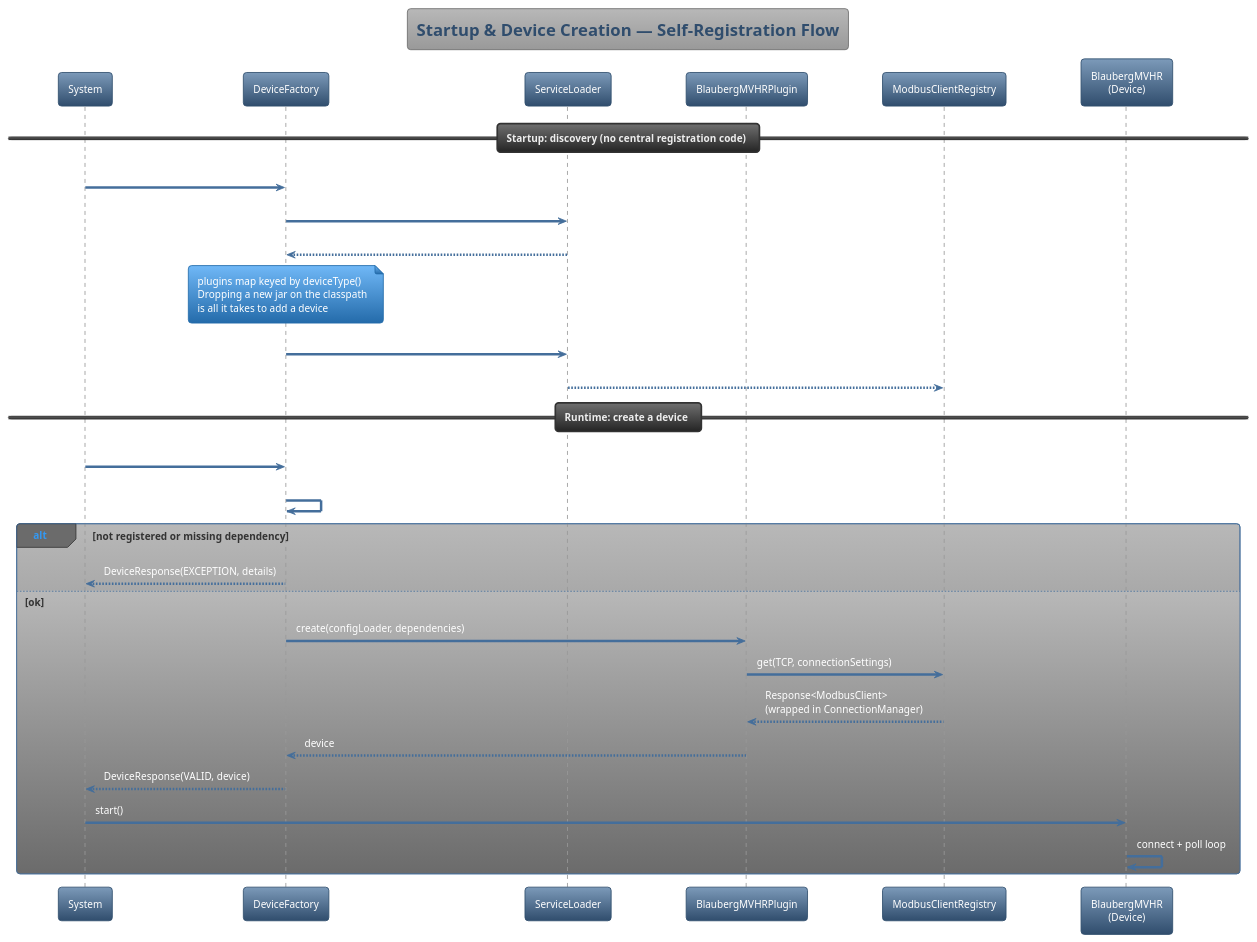
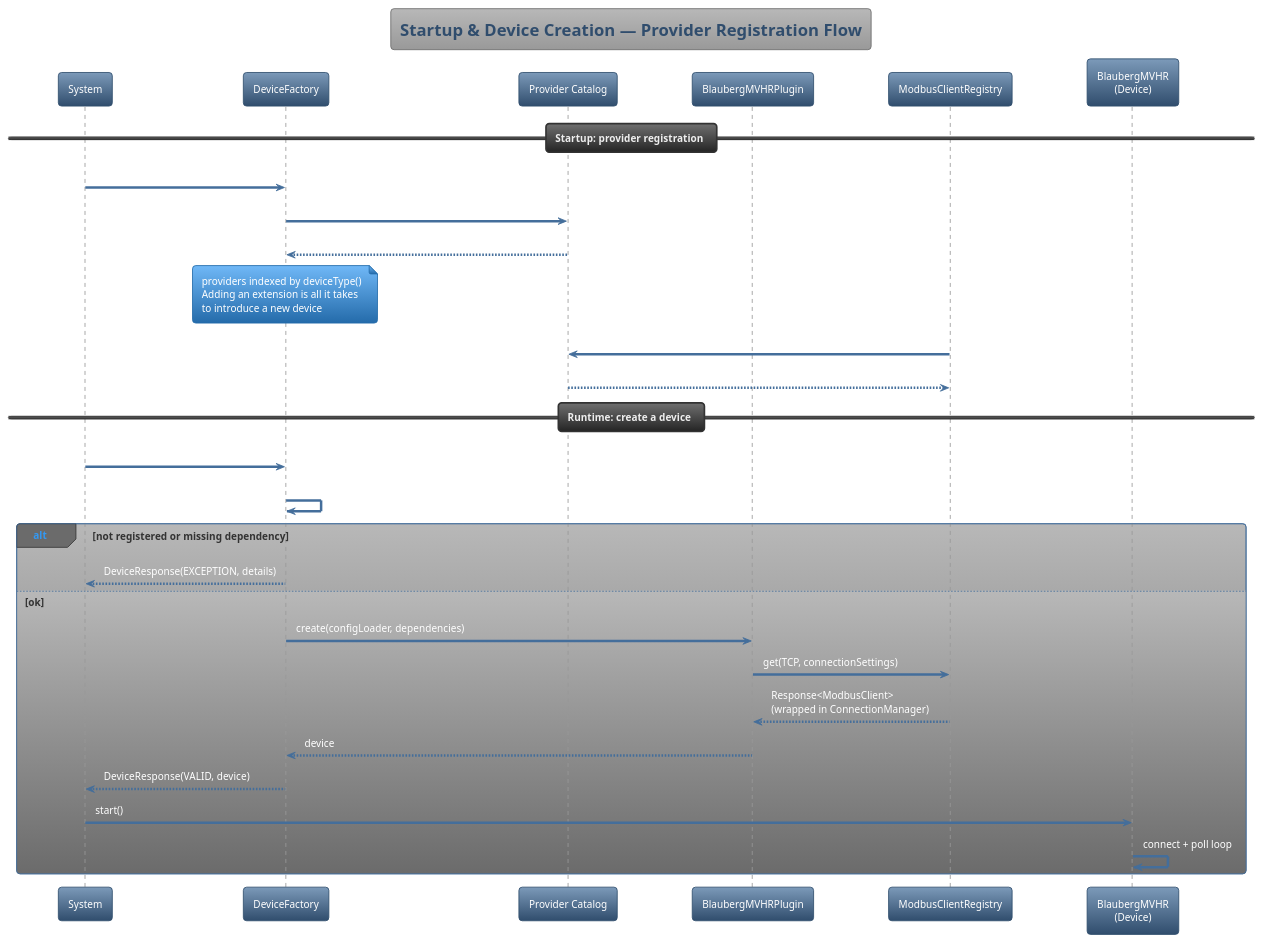
Before and after one commit to OODesigns/modbus-abstraction-layer: the diagram in designs/04 Plugin Discovery Sequence.puml, drawn with PlantUML. The commit also changed 9 other files, not shown here.

```diff
--- a/designs/04 Plugin Discovery Sequence.puml
+++ b/designs/04 Plugin Discovery Sequence.puml
@@ -1,38 +1,38 @@
 @startuml
 'https://plantuml.com/sequence-diagram
 !theme spacelab
 
-title Startup & Device Creation — Self-Registration Flow
+title Startup & Device Creation — Provider Registration Flow
 
 participant "System" as Sys
 participant "DeviceFactory" as DF
-participant "ServiceLoader" as SL
+participant "Provider Catalog" as PC
 participant "BlaubergMVHRPlugin" as Plugin
 participant "ModbusClientRegistry" as MCR
 participant "BlaubergMVHR\n(Device)" as Dev
 
-== Startup: discovery (no central registration code) ==
+== Startup: provider registration ==
 Sys -> DF : new DeviceFactory(configFactory)
-DF -> SL : load(DevicePlugin.class)
-SL --> DF : [BlaubergMVHRPlugin, ModbusTempSensorPlugin, ...]
-note over DF : plugins map keyed by deviceType()\nDropping a new jar on the classpath\nis all it takes to add a device
+DF -> PC : device providers()
+PC --> DF : [BlaubergMVHRPlugin, ModbusTempSensorPlugin, ...]
+note over DF : providers indexed by deviceType()\nAdding an extension is all it takes\nto introduce a new device
 
-DF -> SL : load(ModbusClientFactory.class)
-SL --> MCR : [TcpFactory, RtuFactory]
+MCR -> PC : transport providers()
+PC --> MCR : [TcpFactory, RtuFactory]
 
 == Runtime: create a device ==
 Sys -> DF : createDevice("blauberg_mvhr")
 DF -> DF : validate registered + requiredDependencies()
 alt not registered or missing dependency
   DF --> Sys : DeviceResponse(EXCEPTION, details)
 else ok
   DF -> Plugin : create(configLoader, dependencies)
   Plugin -> MCR : get(TCP, connectionSettings)
   MCR --> Plugin : Response<ModbusClient>\n(wrapped in ConnectionManager)
   Plugin --> DF : device
   DF --> Sys : DeviceResponse(VALID, device)
   Sys -> Dev : start()
   Dev -> Dev : connect + poll loop
 end
 
 @enduml
```
